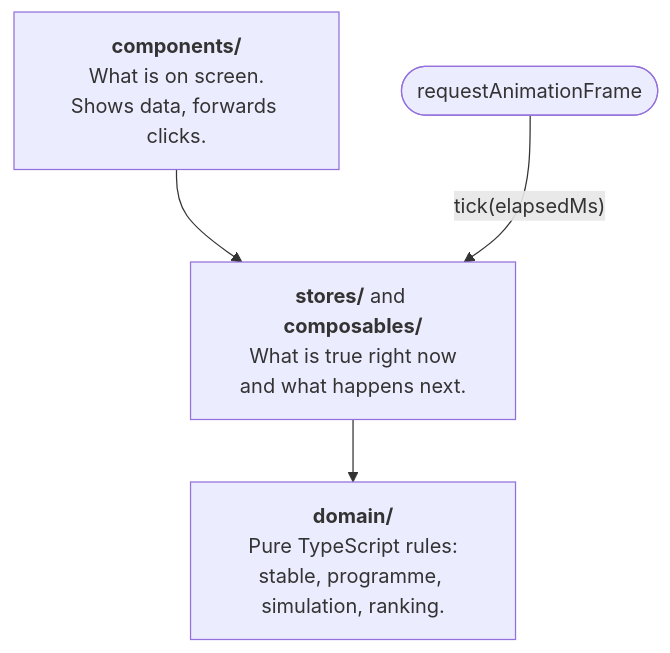
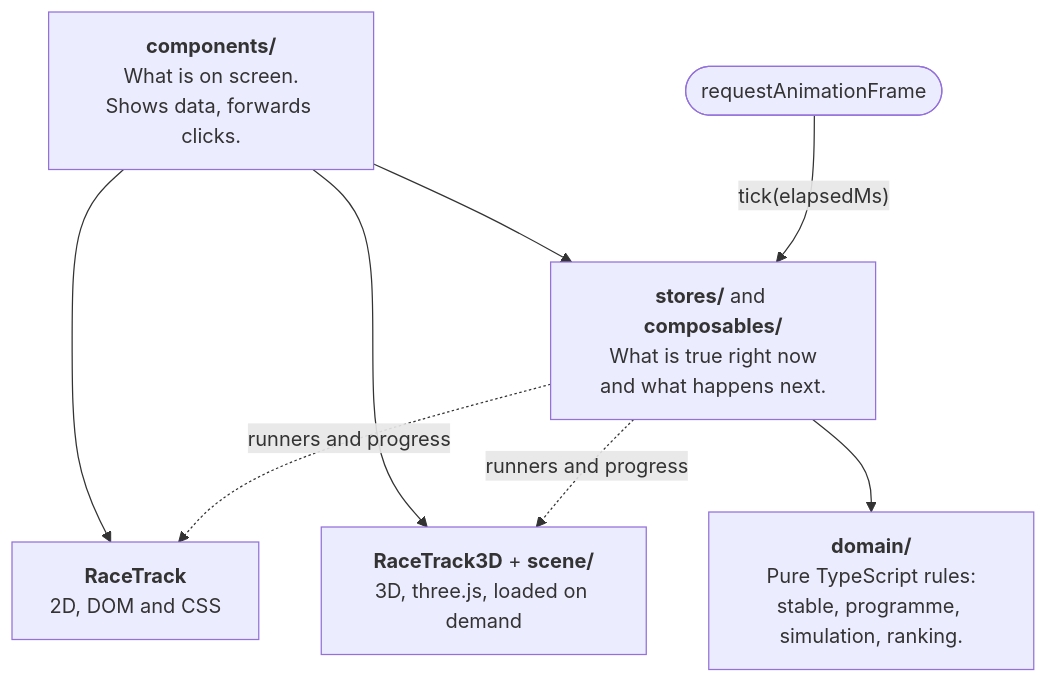
The first of 2 diagrams in README.md (sinemagar/photo-finish), drawn with Mermaid before and after one commit. The commit also changed other lines of this file and 3 other files, not shown here.

````diff
--- a/README.md
+++ b/README.md
@@ -149,10 +153,16 @@
 ```mermaid
 flowchart TD
     UI["<b>components/</b><br/>What is on screen.<br/>Shows data, forwards clicks."]
+    R2["<b>RaceTrack</b><br/>2D, DOM and CSS"]
+    R3["<b>RaceTrack3D</b> + <b>scene/</b><br/>3D, three.js, loaded on demand"]
     STATE["<b>stores/</b> and <b>composables/</b><br/>What is true right now<br/>and what happens next."]
     DOMAIN["<b>domain/</b><br/>Pure TypeScript rules:<br/>stable, programme, simulation, ranking."]
     CLOCK(["requestAnimationFrame"])
 
+    UI --> R2
+    UI --> R3
     UI --> STATE --> DOMAIN
+    STATE -. "runners and progress" .-> R2
+    STATE -. "runners and progress" .-> R3
     CLOCK -- "tick(elapsedMs)" --> STATE
 ```
````
